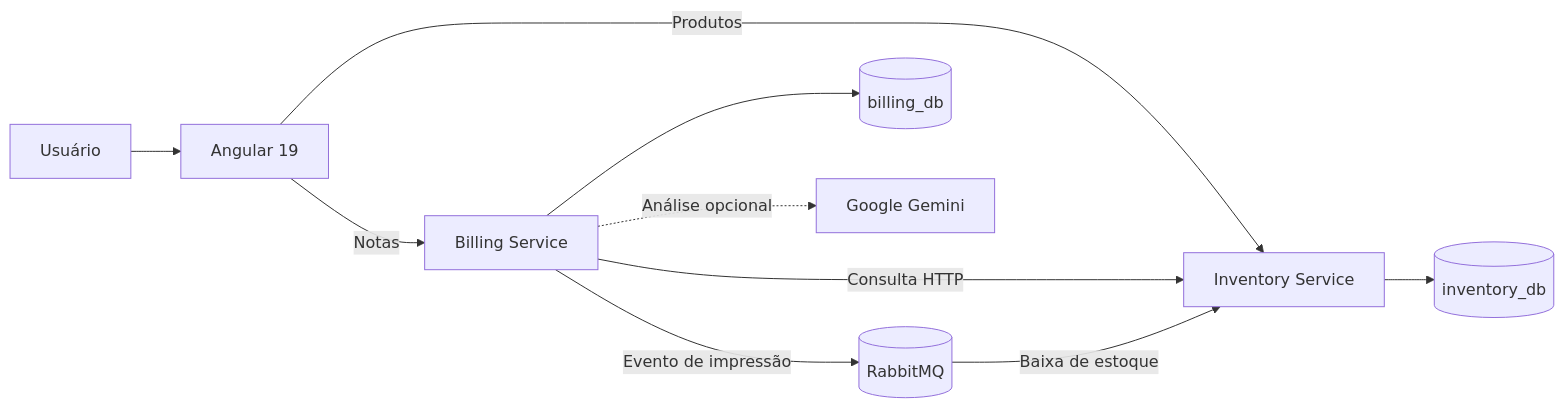
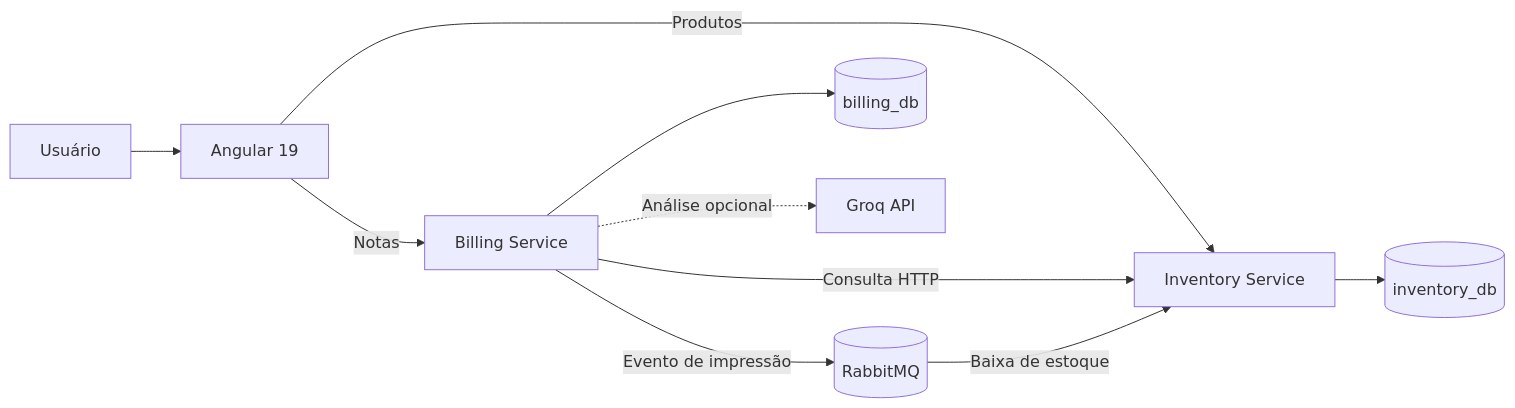
Before and after one commit to alissonjcjk/Korp_Teste_Alisson_Bernadino: the diagram in README.md, drawn with Mermaid. The commit also changed other lines of this file and 11 other files, not shown here.

````diff
--- a/README.md
+++ b/README.md
@@ -81,12 +81,12 @@
 ```mermaid
 flowchart LR
     U[Usuário] --> WEB[Angular 19]
     WEB -->|Produtos| INV[Inventory Service]
     WEB -->|Notas| BILL[Billing Service]
     BILL -->|Consulta HTTP| INV
     BILL -->|Evento de impressão| MQ[(RabbitMQ)]
     MQ -->|Baixa de estoque| INV
     INV --> IDB[(inventory_db)]
     BILL --> BDB[(billing_db)]
-    BILL -.->|Análise opcional| GEMINI[Google Gemini]
+    BILL -.->|Análise opcional| GROQ[Groq API]
 ```
````
